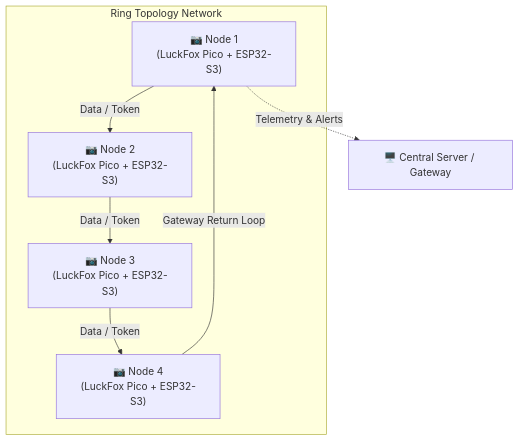
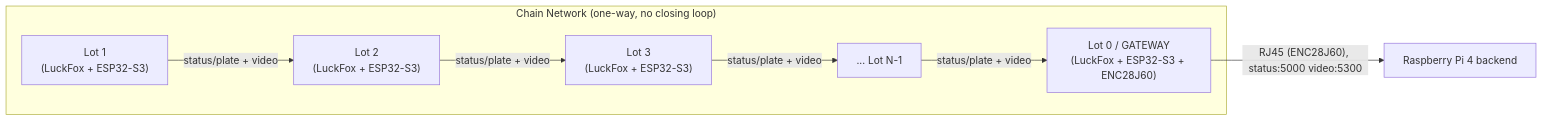
Before and after one commit to AndhikaFW/LuckFox-PicoMini-ParkingVision: the diagram in README.md, drawn with Mermaid. The commit also changed other lines of this file and 5 other files, not shown here.

First line of the commit message:
Correct project overview; move RPi backend out of the firmware submodule

````diff
--- a/README.md
+++ b/README.md
@@ -11,11 +33,11 @@
 ```mermaid
-graph TD
-    subgraph Ring Topology Network
-        Node1["📷 Node 1<br>(LuckFox Pico + ESP32-S3)"] -->|"Data / Token"| Node2["📷 Node 2<br>(LuckFox Pico + ESP32-S3)"]
-        Node2 -->|"Data / Token"| Node3["📷 Node 3<br>(LuckFox Pico + ESP32-S3)"]
-        Node3 -->|"Data / Token"| Node4["📷 Node 4<br>(LuckFox Pico + ESP32-S3)"]
-        Node4 -->|"Gateway Return Loop"| Node1
+graph LR
+    subgraph "Chain Network (one-way, no closing loop)"
+        Node1["Lot 1<br>(LuckFox + ESP32-S3)"] -->|"status/plate + video"| Node2["Lot 2<br>(LuckFox + ESP32-S3)"]
+        Node2 -->|"status/plate + video"| Node3["Lot 3<br>(LuckFox + ESP32-S3)"]
+        Node3 -->|"status/plate + video"| NodeN["... Lot N-1"]
+        NodeN -->|"status/plate + video"| Gateway["Lot 0 / GATEWAY<br>(LuckFox + ESP32-S3 + ENC28J60)"]
     end
 
-    Node1 -.->|"Telemetry & Alerts"| Gateway["🖥️ Central Server / Gateway"]
+    Gateway -->|"RJ45 (ENC28J60), status:5000 video:5300"| RPi["Raspberry Pi 4 backend"]
 ```
````
